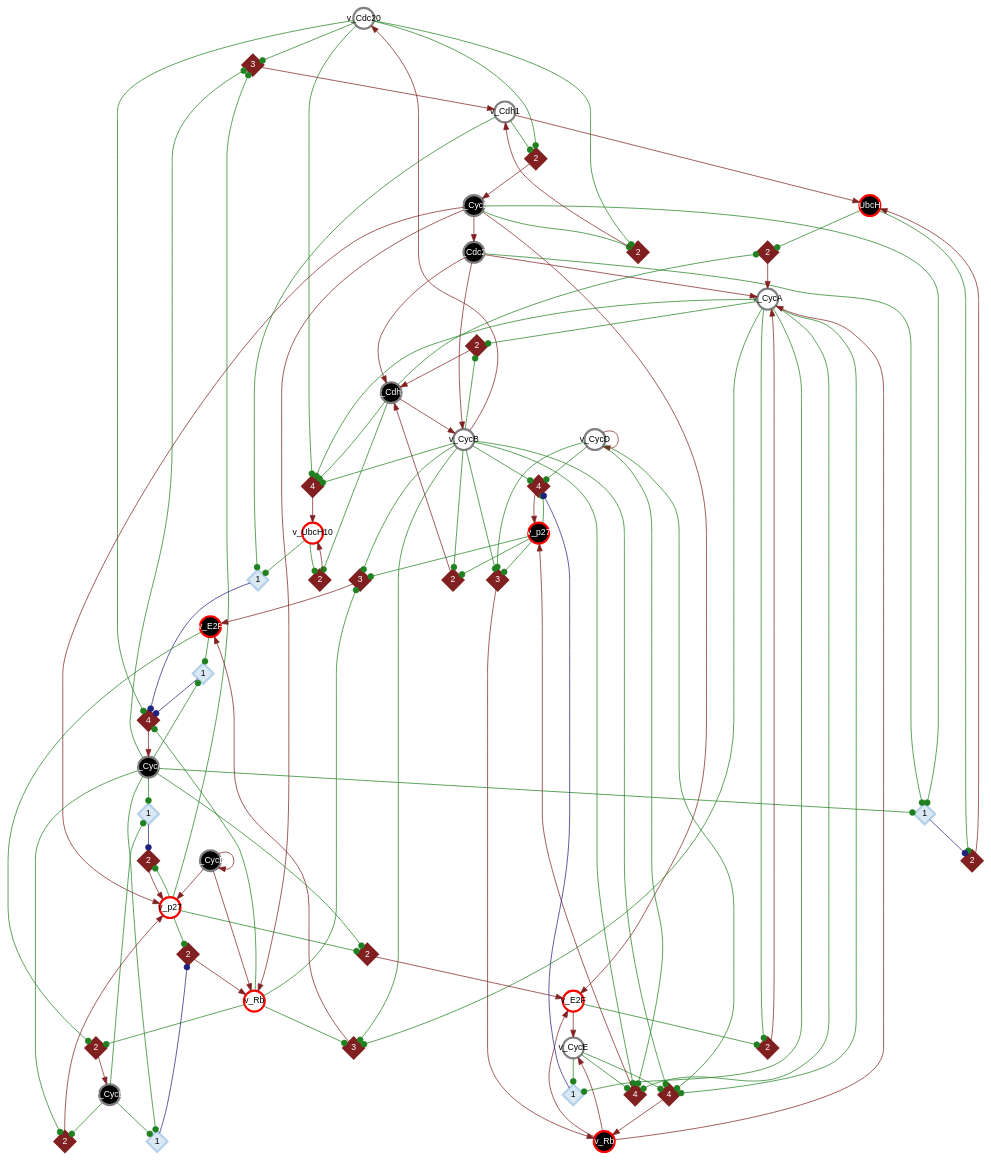
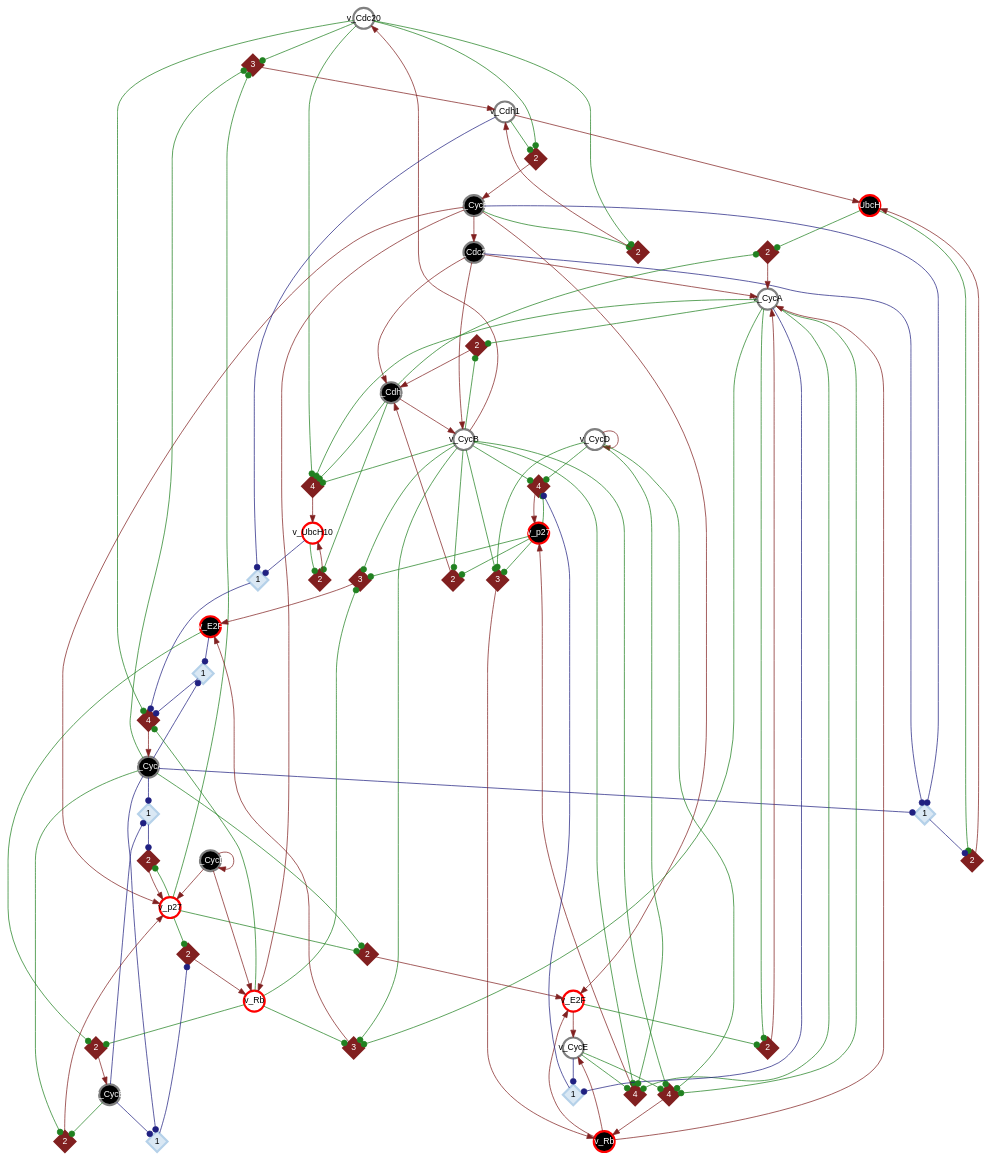
The diagram in dev/logs/dcm_bbm_figures/023__MAMMALIAN-CELL-CYCLE-2006/canonical_simplify.gv (CASCI-lab/CANA), drawn with Graphviz before and after one commit. The commit also changed 26 other files, not shown here.

```diff
--- a/dev/logs/dcm_bbm_figures/023__MAMMALIAN-CELL-CYCLE-2006/canonical_simplify.gv
+++ b/dev/logs/dcm_bbm_figures/023__MAMMALIAN-CELL-CYCLE-2006/canonical_simplify.gv
@@ -55,10 +55,10 @@
 	"var-0-out-0" -> "thr-3-var-2-out-1" [arrowhead=dot color="#208120"]
 	"var-0-out-0" -> "thr-1-var-3-out-1" [arrowhead=dot color="#208120"]
 	"var-0-out-0" -> "thr-0-var-8-out-0" [arrowhead=dot color="#208120"]
-	"var-0-out-1" -> "thr-2-grp-0-sym-var-8-out-1" [arrowhead=dot color="#208120"]
-	"var-0-out-1" -> "var-1-out-1" [arrowhead=normal color="#812020"]
+	"var-0-out-1" -> "thr-2-grp-0-sym-var-8-out-1" [arrowhead=dot color="#202081"]
 	"var-0-out-1" -> "var-2-out-0" [arrowhead=normal color="#812020"]
 	"var-0-out-1" -> "var-3-out-0" [arrowhead=normal color="#812020"]
+	"var-0-out-1" -> "var-1-out-1" [arrowhead=normal color="#812020"]
 	"var-3-out-0" -> "thr-3-var-1-out-1" [arrowhead=dot color="#208120"]
 	"var-3-out-0" -> "thr-4-var-1-out-1" [arrowhead=dot color="#208120"]
 	"var-3-out-0" -> "thr-2-var-6-out-1" [arrowhead=dot color="#208120"]
@@ -70,13 +70,13 @@
 	"var-3-out-0" -> "thr-4-var-9-out-1" [arrowhead=dot color="#208120"]
 	"var-3-out-0" -> "var-0-out-0" [arrowhead=normal color="#812020"]
 	"var-3-out-1" -> "thr-1-var-1-out-0" [arrowhead=dot color="#208120"]
-	"var-3-out-1" -> "thr-2-grp-0-sym-var-8-out-1" [arrowhead=dot color="#208120"]
+	"var-3-out-1" -> "thr-2-grp-0-sym-var-8-out-1" [arrowhead=dot color="#202081"]
 	"var-3-out-1" -> "var-0-out-1" [arrowhead=normal color="#812020"]
 	"var-3-out-1" -> "var-6-out-0" [arrowhead=normal color="#812020"]
 	"var-3-out-1" -> "var-7-out-0" [arrowhead=normal color="#812020"]
 	"var-3-out-1" -> "var-9-out-0" [arrowhead=normal color="#812020"]
 	"var-1-out-0" -> "thr-1-var-3-out-1" [arrowhead=dot color="#208120"]
-	"var-1-out-0" -> "thr-3-grp-0-sym-var-2-out-1" [arrowhead=dot color="#208120"]
+	"var-1-out-0" -> "thr-3-grp-0-sym-var-2-out-1" [arrowhead=dot color="#202081"]
 	"var-1-out-0" -> "var-8-out-1" [arrowhead=normal color="#812020"]
 	"var-1-out-1" -> "thr-1-var-2-out-0" [arrowhead=dot color="#208120"]
 	"var-1-out-1" -> "thr-0-var-8-out-0" [arrowhead=dot color="#208120"]
@@ -86,10 +86,10 @@
 	"var-2-out-1" -> "thr-0-var-1-out-0" [arrowhead=dot color="#208120"]
 	"var-2-out-1" -> "thr-0-var-6-out-0" [arrowhead=dot color="#208120"]
 	"var-2-out-1" -> "thr-0-var-9-out-0" [arrowhead=dot color="#208120"]
-	"var-2-out-1" -> "thr-3-grp-1-sym-var-2-out-1" [arrowhead=dot color="#208120"]
-	"var-2-out-1" -> "thr-0-grp-0-sym-var-7-out-0" [arrowhead=dot color="#208120"]
-	"var-2-out-1" -> "thr-2-grp-0-sym-var-8-out-1" [arrowhead=dot color="#208120"]
-	"var-2-out-1" -> "thr-1-grp-0-sym-var-9-out-0" [arrowhead=dot color="#208120"]
+	"var-2-out-1" -> "thr-0-grp-0-sym-var-7-out-0" [arrowhead=dot color="#202081"]
+	"var-2-out-1" -> "thr-1-grp-0-sym-var-9-out-0" [arrowhead=dot color="#202081"]
+	"var-2-out-1" -> "thr-2-grp-0-sym-var-8-out-1" [arrowhead=dot color="#202081"]
+	"var-2-out-1" -> "thr-3-grp-1-sym-var-2-out-1" [arrowhead=dot color="#202081"]
 	"var-9-out-0" -> "thr-0-var-1-out-0" [arrowhead=dot color="#208120"]
 	"var-9-out-0" -> "thr-0-var-6-out-0" [arrowhead=dot color="#208120"]
 	"var-9-out-0" -> "thr-0-var-7-out-0" [arrowhead=dot color="#208120"]
@@ -102,7 +102,7 @@
 	"var-2-out-0" -> "thr-2-var-7-out-1" [arrowhead=dot color="#208120"]
 	"var-2-out-0" -> "thr-0-var-8-out-0" [arrowhead=dot color="#208120"]
 	"var-2-out-0" -> "thr-3-var-9-out-1" [arrowhead=dot color="#208120"]
-	"var-2-out-0" -> "thr-4-grp-0-sym-var-9-out-1" [arrowhead=dot color="#208120"]
+	"var-2-out-0" -> "thr-4-grp-0-sym-var-9-out-1" [arrowhead=dot color="#202081"]
 	"thr-4-var-1-out-1" -> "var-1-out-1" [arrowhead=normal color="#812020"]
 	"var-9-out-1" -> "thr-4-var-1-out-1" [arrowhead=dot color="#208120"]
 	"var-9-out-1" -> "thr-3-var-6-out-1" [arrowhead=dot color="#208120"]
@@ -124,10 +124,10 @@
 	"var-7-out-0" -> "thr-3-var-6-out-1" [arrowhead=dot color="#208120"]
 	"thr-3-grp-0-sym-var-2-out-1" -> "thr-3-var-2-out-1" [arrowhead=dot color="#202081"]
 	"var-8-out-0" -> "thr-1-var-8-out-0" [arrowhead=dot color="#208120"]
-	"var-8-out-0" -> "thr-3-grp-0-sym-var-2-out-1" [arrowhead=dot color="#208120"]
+	"var-8-out-0" -> "thr-3-grp-0-sym-var-2-out-1" [arrowhead=dot color="#202081"]
 	"thr-3-grp-1-sym-var-2-out-1" -> "thr-3-var-2-out-1" [arrowhead=dot color="#202081"]
 	"var-6-out-1" -> "thr-2-var-5-out-1" [arrowhead=dot color="#208120"]
-	"var-6-out-1" -> "thr-3-grp-1-sym-var-2-out-1" [arrowhead=dot color="#208120"]
+	"var-6-out-1" -> "thr-3-grp-1-sym-var-2-out-1" [arrowhead=dot color="#202081"]
 	"thr-1-var-3-out-1" -> "var-3-out-1" [arrowhead=normal color="#812020"]
 	"var-4-out-0" -> "thr-2-var-7-out-1" [arrowhead=dot color="#208120"]
 	"var-4-out-0" -> "thr-3-var-7-out-1" [arrowhead=dot color="#208120"]
@@ -139,10 +139,10 @@
 	"var-4-out-1" -> "var-9-out-0" [arrowhead=normal color="#812020"]
 	"var-5-out-0" -> "thr-2-var-7-out-1" [arrowhead=dot color="#208120"]
 	"var-5-out-0" -> "thr-3-var-9-out-1" [arrowhead=dot color="#208120"]
-	"var-5-out-0" -> "thr-4-grp-0-sym-var-9-out-1" [arrowhead=dot color="#208120"]
+	"var-5-out-0" -> "thr-4-grp-0-sym-var-9-out-1" [arrowhead=dot color="#202081"]
 	"var-5-out-1" -> "thr-0-var-9-out-0" [arrowhead=dot color="#208120"]
-	"var-5-out-1" -> "thr-0-grp-0-sym-var-7-out-0" [arrowhead=dot color="#208120"]
-	"var-5-out-1" -> "thr-1-grp-0-sym-var-9-out-0" [arrowhead=dot color="#208120"]
+	"var-5-out-1" -> "thr-0-grp-0-sym-var-7-out-0" [arrowhead=dot color="#202081"]
+	"var-5-out-1" -> "thr-1-grp-0-sym-var-9-out-0" [arrowhead=dot color="#202081"]
 	"thr-2-var-5-out-1" -> "var-5-out-1" [arrowhead=normal color="#812020"]
 	"thr-0-var-6-out-0" -> "var-6-out-0" [arrowhead=normal color="#812020"]
 	"thr-2-var-6-out-1" -> "var-6-out-1" [arrowhead=normal color="#812020"]
```
